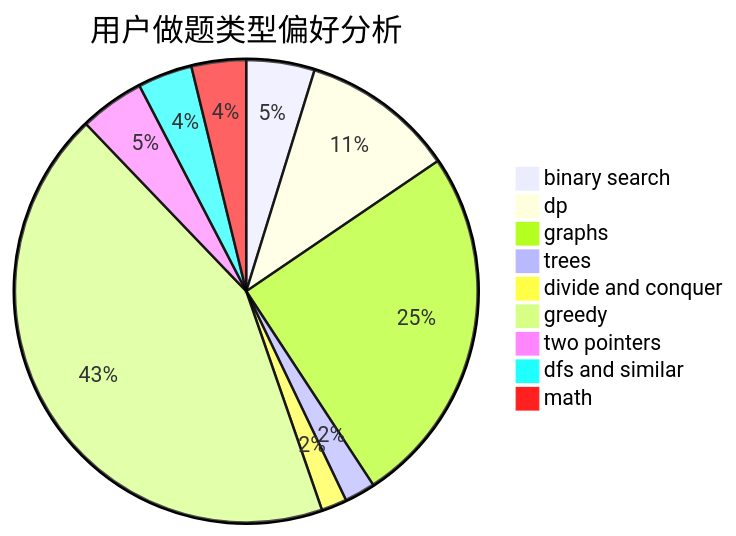
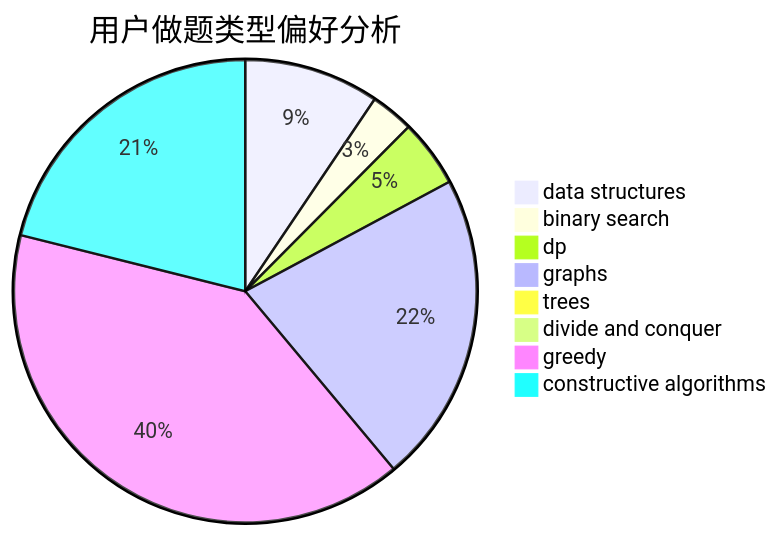
The second of 3 diagrams in docs/user/u327.md (sherpahu/cfrs.github.io), drawn with Mermaid before and after one commit. The commit also changed other lines of this file and 2775 other files, not shown here.

````diff
--- a/docs/user/u327.md
+++ b/docs/user/u327.md
@@ -23,12 +23,11 @@
 ```mermaid
 pie title 用户做题类型偏好分析
-    "binary search" :  40
-    "dp" :  90
-    "graphs" :  212
-    "trees" :  18
-    "divide and conquer" :  15
-    "greedy" :  362
-    "two pointers" :  38
-    "dfs and similar" :  32
-    "math" :  32
+    "data structures" :  72
+    "binary search" :  23
+    "dp" :  36
+    "graphs" :  166
+    "trees" :  6
+    "divide and conquer" :  0
+    "greedy" :  305
+    "constructive algorithms" :  161
 ```
````
